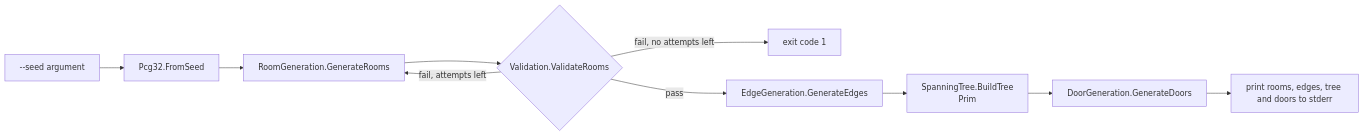
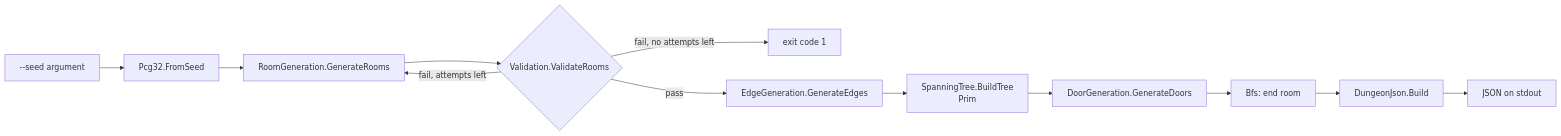
Before and after one commit to verdoxOP/procgen-dungeon: the first of 2 diagrams in Algorithms/csharp/procgen-csharp/docs/architecture.md, drawn with Mermaid. The commit also changed other lines of this file and 11 other files, not shown here.

First line of the commit message:
Add BFS end-room selection and JSON output

````diff
--- a/Algorithms/csharp/procgen-csharp/docs/architecture.md
+++ b/Algorithms/csharp/procgen-csharp/docs/architecture.md
@@ -38,12 +40,14 @@
 ```mermaid
 flowchart LR
     seed[--seed argument] --> rng[Pcg32.FromSeed]
     rng --> gen[RoomGeneration.GenerateRooms]
     gen --> val{Validation.ValidateRooms}
     val -- fail, attempts left --> gen
     val -- fail, no attempts left --> exit1[exit code 1]
     val -- pass --> edges[EdgeGeneration.GenerateEdges]
     edges --> prim[SpanningTree.BuildTree<br/>Prim]
     prim --> doors[DoorGeneration.GenerateDoors]
-    doors --> print[print rooms, edges, tree and doors to stderr]
+    doors --> bfs[Bfs: end room]
+    bfs --> json[DungeonJson.Build]
+    json --> stdout[JSON on stdout]
 ```
````
